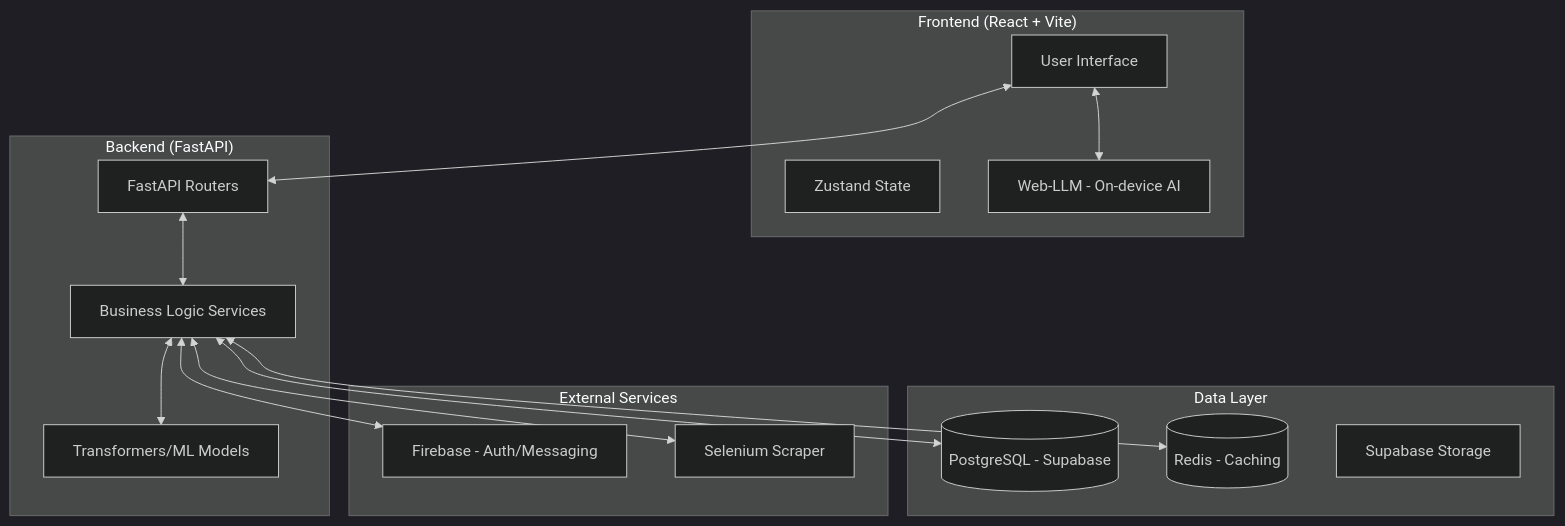
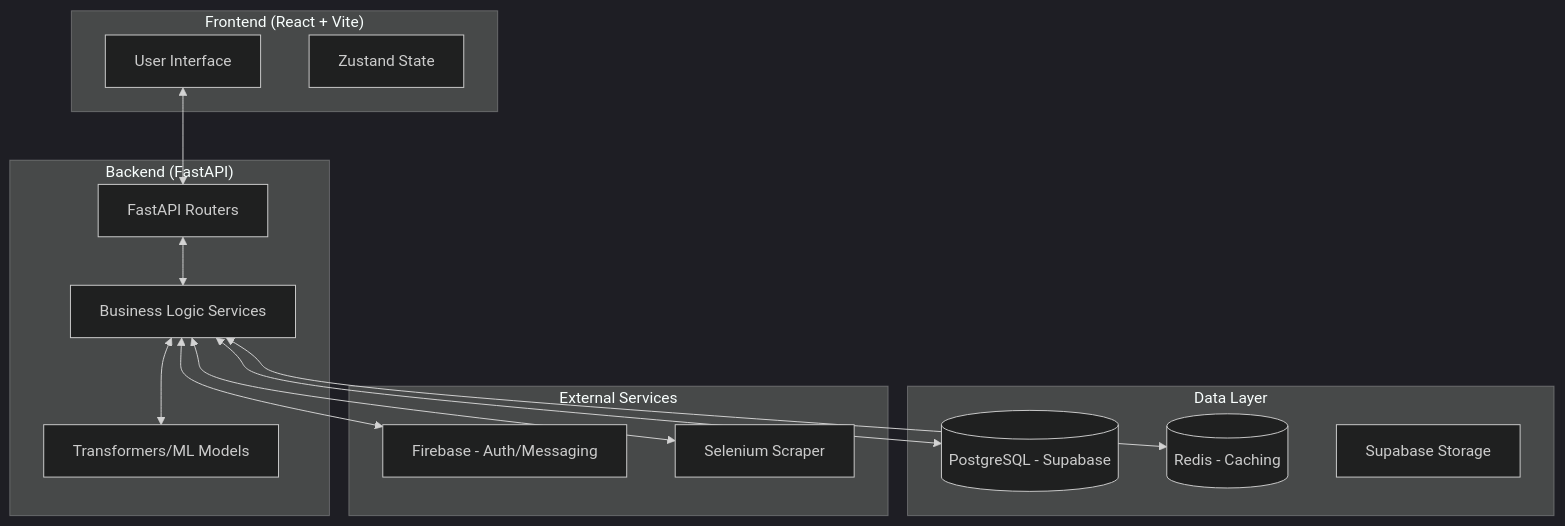
The diagram in README.md (chetanuchiha16/acatrack), drawn with Mermaid (dark theme) before and after one commit. The commit also changed other lines of this file, not shown here.

Commit message:
refactor: remove on-device Web-LLM architecture and documentation from the project

````diff
--- a/README.md
+++ b/README.md
@@ -12,34 +12,32 @@
 ```mermaid
 graph TD
     subgraph Client ["Frontend (React + Vite)"]
         UI[User Interface]
         Store[Zustand State]
-        AI_Local[Web-LLM - On-device AI]
     end
 
     subgraph API ["Backend (FastAPI)"]
         Router[FastAPI Routers]
         Service[Business Logic Services]
         AI_Remote[Transformers/ML Models]
     end
 
     subgraph Data ["Data Layer"]
         DB[(PostgreSQL - Supabase)]
         Cache[(Redis - Caching)]
         Files[Supabase Storage]
     end
 
     subgraph External ["External Services"]
         Firebase[Firebase - Auth/Messaging]
         UniScraper[Selenium Scraper]
     end
 
     UI <--> Router
     Router <--> Service
     Service <--> DB
     Service <--> Cache
     Service <--> AI_Remote
-    UI <--> AI_Local
     Service <--> Firebase
     Service <--> UniScraper
 ```
````
